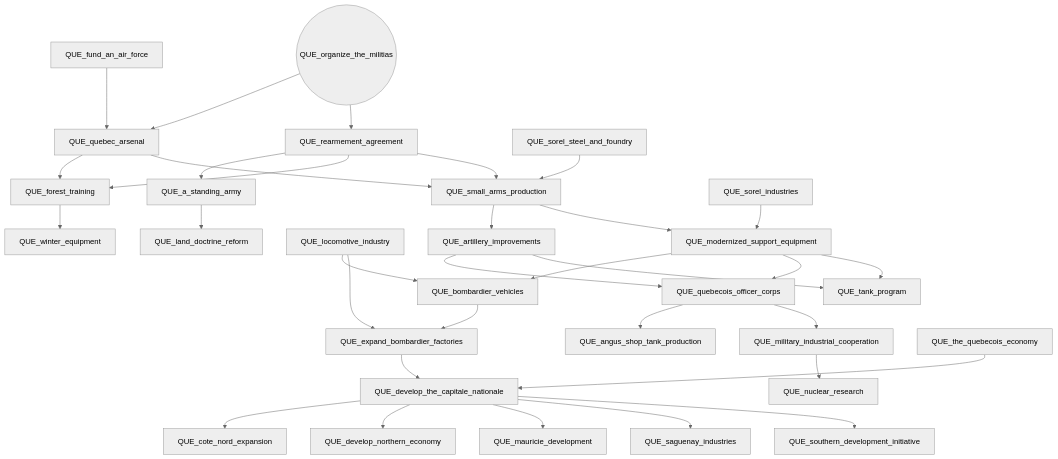
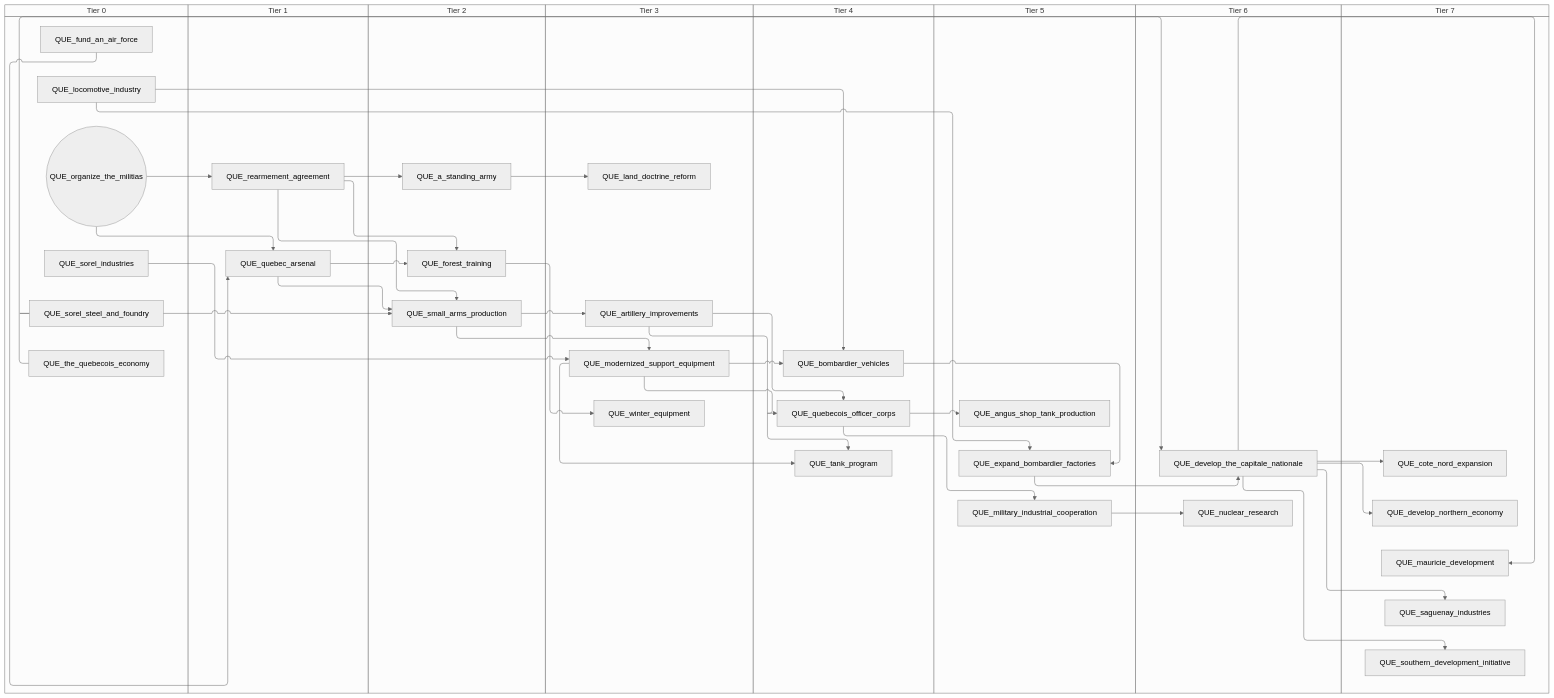
The third of 6 diagrams in docs/gdd/National Focuses/quebec.md (evgeny-sobol/hoi4-sandbox-mode-r56), drawn with Mermaid (neutral theme) before and after one commit. The commit also changed other lines of this file and 423 other files, not shown here.

First line of the commit message:
Re-export Rt56 focus trees as swimlane diagrams

````diff
--- a/docs/gdd/National Focuses/quebec.md
+++ b/docs/gdd/National Focuses/quebec.md
@@ -137,63 +161,79 @@
 ```mermaid
-flowchart TD
-    n53["QUE_a_standing_army"]
-    n2["QUE_angus_shop_tank_production"]
-    n3["QUE_artillery_improvements"]
-    n4["QUE_bombardier_vehicles"]
-    n6["QUE_cote_nord_expansion"]
-    n7["QUE_develop_northern_economy"]
-    n8["QUE_develop_the_capitale_nationale"]
-    n9["QUE_expand_bombardier_factories"]
-    n13["QUE_forest_training"]
-    n14["QUE_fund_an_air_force"]
-    n54["QUE_land_doctrine_reform"]
-    n17["QUE_locomotive_industry"]
-    n18["QUE_mauricie_development"]
-    n19["QUE_military_industrial_cooperation"]
-    n20["QUE_modernized_support_equipment"]
-    n22["QUE_nuclear_research"]
-    n23(("QUE_organize_the_militias"))
-    n25["QUE_quebec_arsenal"]
-    n26["QUE_quebecois_officer_corps"]
-    n28["QUE_rearmement_agreement"]
-    n30["QUE_saguenay_industries"]
-    n31["QUE_small_arms_production"]
-    n32["QUE_sorel_industries"]
-    n33["QUE_sorel_steel_and_foundry"]
-    n34["QUE_southern_development_initiative"]
-    n35["QUE_tank_program"]
-    n36["QUE_the_quebecois_economy"]
-    n37["QUE_winter_equipment"]
-    n28 --> n53
-    n26 --> n2
-    n31 --> n3
-    n17 --> n4
-    n20 --> n4
-    n8 --> n6
-    n8 --> n7
-    n36 --> n8
-    n9 --> n8
-    n4 --> n9
-    n17 --> n9
-    n25 --> n13
-    n28 --> n13
+swimlane-beta TD
+    subgraph tier_0["Tier 0"]
+        n1["QUE_fund_an_air_force"]
+        n2["QUE_locomotive_industry"]
+        n3(("QUE_organize_the_militias"))
+        n5["QUE_sorel_industries"]
+        n6["QUE_sorel_steel_and_foundry"]
+        n7["QUE_the_quebecois_economy"]
+    end
+    subgraph tier_1["Tier 1"]
+        n9["QUE_quebec_arsenal"]
+        n4["QUE_rearmement_agreement"]
+    end
+    subgraph tier_2["Tier 2"]
+        n53["QUE_a_standing_army"]
+        n13["QUE_forest_training"]
+        n15["QUE_small_arms_production"]
+    end
+    subgraph tier_3["Tier 3"]
+        n16["QUE_artillery_improvements"]
+        n54["QUE_land_doctrine_reform"]
+        n19["QUE_modernized_support_equipment"]
+        n21["QUE_winter_equipment"]
+    end
+    subgraph tier_4["Tier 4"]
+        n22["QUE_bombardier_vehicles"]
+        n25["QUE_quebecois_officer_corps"]
+        n27["QUE_tank_program"]
+    end
+    subgraph tier_5["Tier 5"]
+        n28["QUE_angus_shop_tank_production"]
+        n29["QUE_expand_bombardier_factories"]
+        n30["QUE_military_industrial_cooperation"]
+    end
+    subgraph tier_6["Tier 6"]
+        n31["QUE_develop_the_capitale_nationale"]
+        n32["QUE_nuclear_research"]
+    end
+    subgraph tier_7["Tier 7"]
+        n33["QUE_cote_nord_expansion"]
+        n34["QUE_develop_northern_economy"]
+        n35["QUE_mauricie_development"]
+        n36["QUE_saguenay_industries"]
+        n37["QUE_southern_development_initiative"]
+    end
+    n4 --> n53
+    n25 --> n28
+    n15 --> n16
+    n2 --> n22
+    n19 --> n22
+    n31 --> n33
+    n31 --> n34
+    n7 --> n31
+    n29 --> n31
+    n22 --> n29
+    n2 --> n29
+    n9 --> n13
+    n4 --> n13
     n53 --> n54
-    n8 --> n18
-    n26 --> n19
-    n31 --> n20
-    n32 --> n20
-    n19 --> n22
-    n23 --> n25
-    n14 --> n25
-    n3 --> n26
-    n20 --> n26
-    n23 --> n28
-    n8 --> n30
-    n25 --> n31
-    n33 --> n31
-    n28 --> n31
-    n8 --> n34
-    n20 --> n35
-    n3 --> n35
-    n13 --> n37
+    n31 --> n35
+    n25 --> n30
+    n15 --> n19
+    n5 --> n19
+    n30 --> n32
+    n3 --> n9
+    n1 --> n9
+    n16 --> n25
+    n19 --> n25
+    n3 --> n4
+    n31 --> n36
+    n9 --> n15
+    n6 --> n15
+    n4 --> n15
+    n31 --> n37
+    n19 --> n27
+    n16 --> n27
+    n13 --> n21
 ```
````
